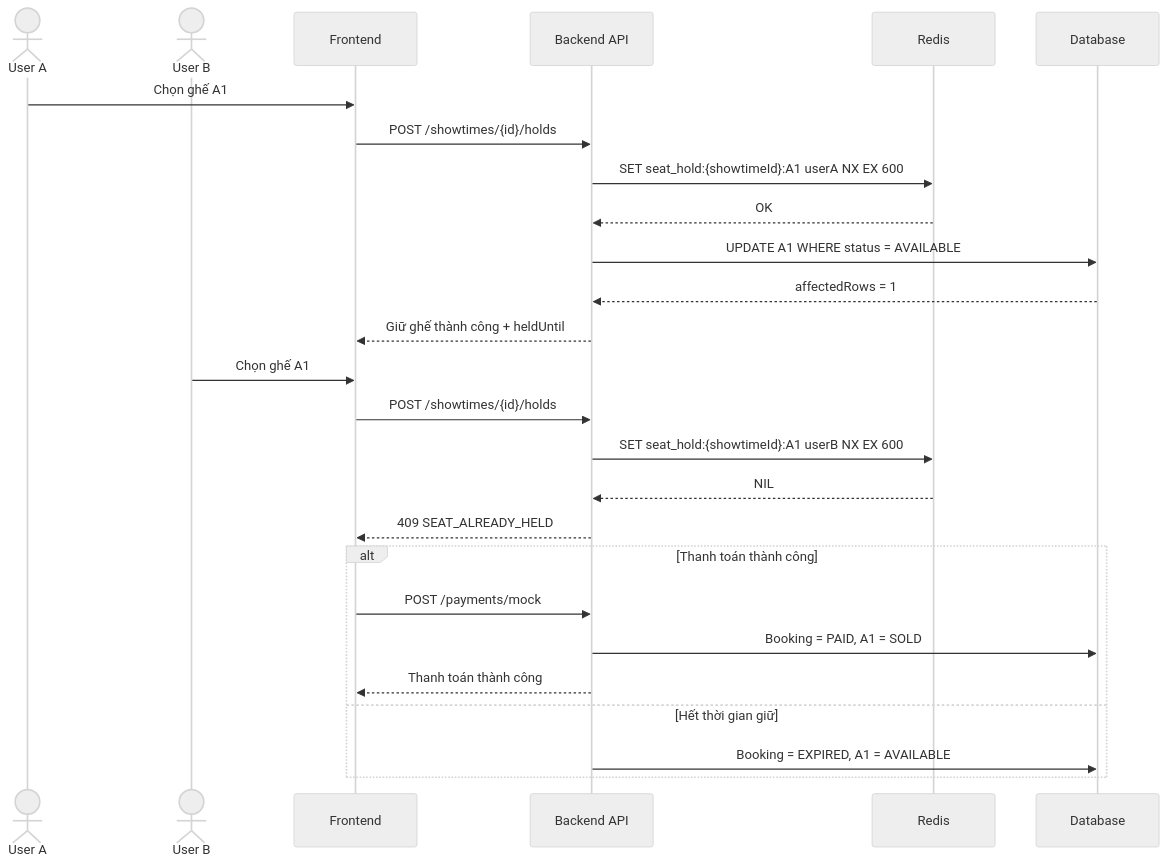
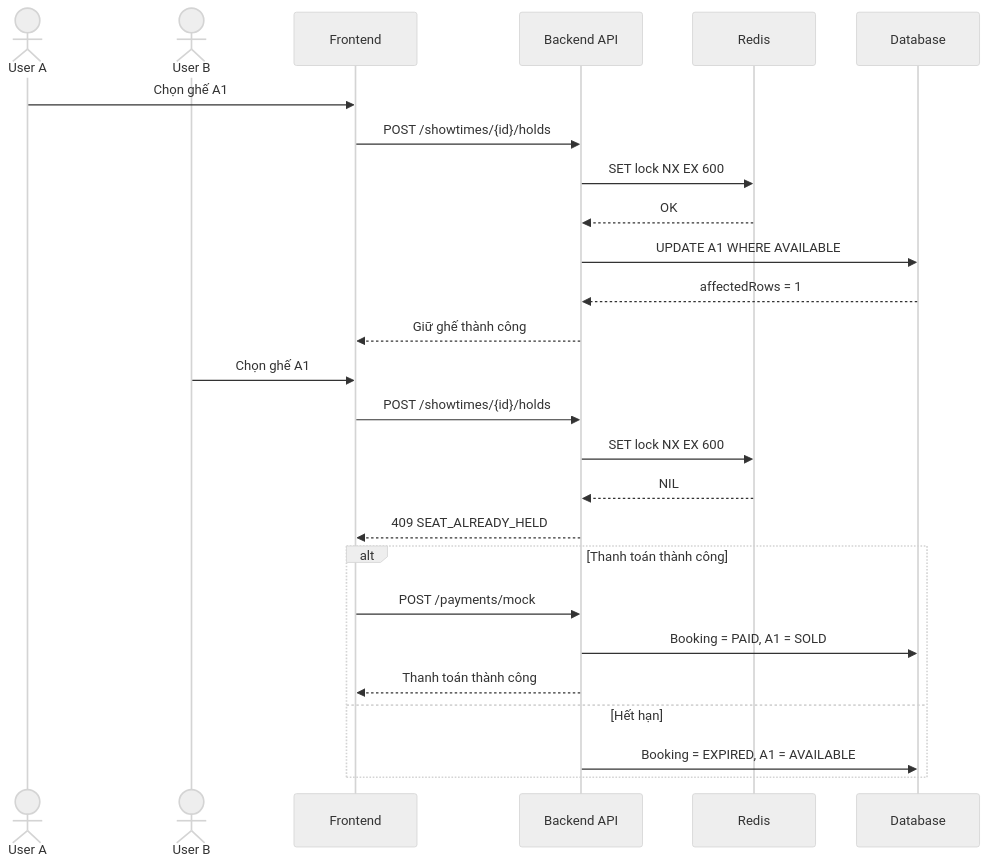
The diagram in .github/Tuần 5/[Ticket Hunting] Thiết kế luồng săn vé xem phim/p21.md (Minhhanh-zit/CNPM), drawn with Mermaid (neutral theme) before and after one commit. The commit also changed other lines of this file, not shown here.

````diff
--- a/.github/Tuần 5/[Ticket Hunting] Thiết kế luồng săn vé xem phim/p21.md
+++ b/.github/Tuần 5/[Ticket Hunting] Thiết kế luồng săn vé xem phim/p21.md
@@ -240,31 +88,31 @@
 ```mermaid
 sequenceDiagram
     actor UserA as User A
     actor UserB as User B
     participant FE as Frontend
     participant API as Backend API
     participant Redis as Redis
     participant DB as Database
 
     UserA->>FE: Chọn ghế A1
     FE->>API: POST /showtimes/{id}/holds
-    API->>Redis: SET seat_hold:{showtimeId}:A1 userA NX EX 600
+    API->>Redis: SET lock NX EX 600
     Redis-->>API: OK
-    API->>DB: UPDATE A1 WHERE status = AVAILABLE
+    API->>DB: UPDATE A1 WHERE AVAILABLE
     DB-->>API: affectedRows = 1
-    API-->>FE: Giữ ghế thành công + heldUntil
+    API-->>FE: Giữ ghế thành công
 
     UserB->>FE: Chọn ghế A1
     FE->>API: POST /showtimes/{id}/holds
-    API->>Redis: SET seat_hold:{showtimeId}:A1 userB NX EX 600
+    API->>Redis: SET lock NX EX 600
     Redis-->>API: NIL
     API-->>FE: 409 SEAT_ALREADY_HELD
 
     alt Thanh toán thành công
         FE->>API: POST /payments/mock
         API->>DB: Booking = PAID, A1 = SOLD
         API-->>FE: Thanh toán thành công
-    else Hết thời gian giữ
+    else Hết hạn
         API->>DB: Booking = EXPIRED, A1 = AVAILABLE
     end
 ```
````
